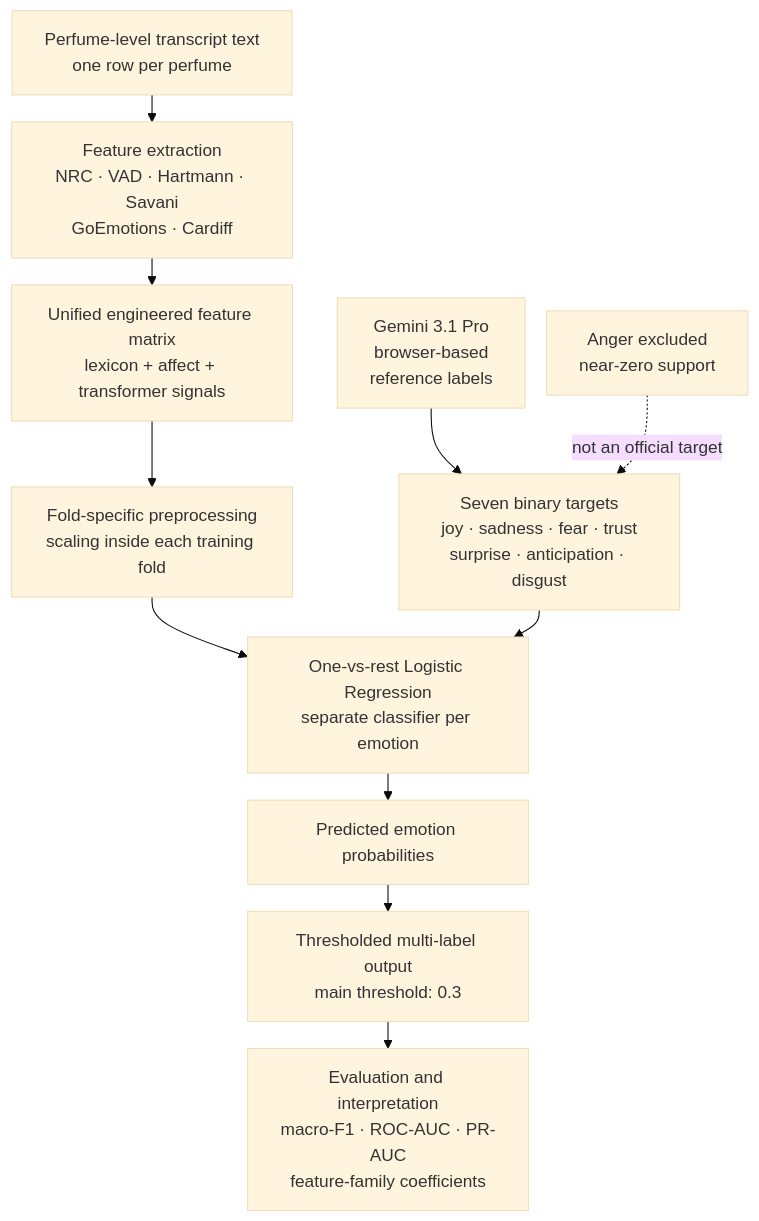
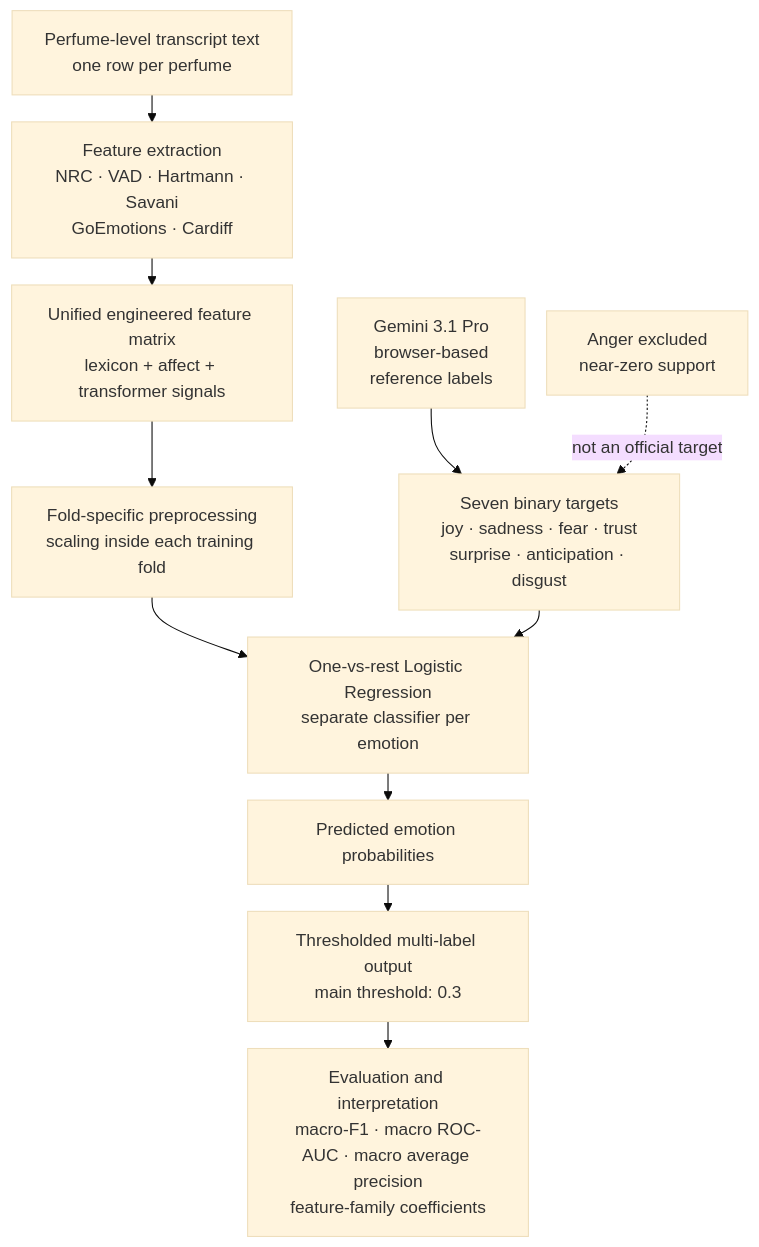
The diagram in docs/diagrams/mermaid/logistic_regression_feature_pipeline.mmd (ececanga/Sentiment-Analysis-for-Perfume-Reviews), drawn with Mermaid (base theme) before and after one commit. The commit also changed 36 other files, not shown here.

```diff
--- a/docs/diagrams/mermaid/logistic_regression_feature_pipeline.mmd
+++ b/docs/diagrams/mermaid/logistic_regression_feature_pipeline.mmd
@@ -1,26 +1,26 @@
 ---
 config:
   layout: dagre
   flowchart:
     nodeSpacing: 20
     rankSpacing: 25
 ---
 flowchart TD
     A["Perfume-level transcript text<br/>one row per perfume"]
 
     A --> B["Feature extraction<br/>NRC · VAD · Hartmann · Savani<br/>GoEmotions · Cardiff"]
 
     B --> C["Unified engineered feature matrix<br/>lexicon + affect + transformer signals"]
     C --> D["Fold-specific preprocessing<br/>scaling inside each training fold"]
 
     E["Gemini 3.1 Pro<br/>browser-based<br/>reference labels"]
     E --> F["Seven binary targets<br/>joy · sadness · fear · trust<br/>surprise · anticipation · disgust"]
 
     D --> G["One-vs-rest Logistic Regression<br/>separate classifier per emotion"]
     F --> G
 
     G --> H["Predicted emotion probabilities"]
     H --> I["Thresholded multi-label output<br/>main threshold: 0.3"]
-    I --> J["Evaluation and interpretation<br/>macro-F1 · ROC-AUC · PR-AUC<br/>feature-family coefficients"]
+    I --> J["Evaluation and interpretation<br/>macro-F1 · macro ROC-AUC · macro average precision<br/>feature-family coefficients"]
 
     K["Anger excluded<br/>near-zero support"] -. not an official target .-> F
```
